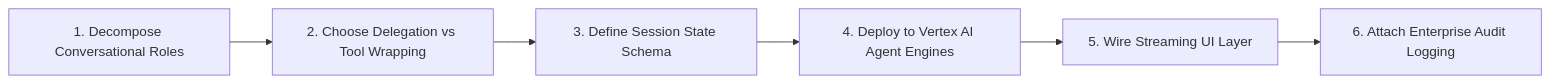
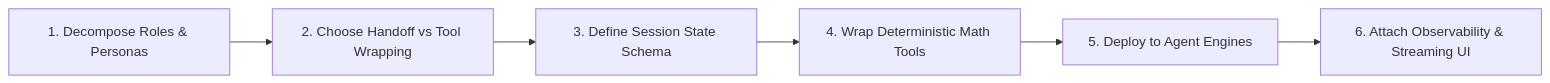
One commit to junyish/lab-genai129-deploy-an-Agent-with-Agent-Development-Kit changed the fourth of 4 diagrams in takeaway-genai129-deploy-adk-agent-vertexai.md. Above: the diagram before and after it, drawn with Mermaid. The commit also changed other lines of this file, not shown here.

Commit message:
Enhance takeaway documentation with complete architectural pillars, state injection diagrams, and comparison matrix

````diff
--- a/takeaway-genai129-deploy-adk-agent-vertexai.md
+++ b/takeaway-genai129-deploy-adk-agent-vertexai.md
@@ -140,8 +299,8 @@
 ```mermaid
 flowchart LR
-    S1["1. Decompose Conversational Roles"] --> S2["2. Choose Delegation vs Tool Wrapping"]
+    S1["1. Decompose Roles & Personas"] --> S2["2. Choose Handoff vs Tool Wrapping"]
     S2 --> S3["3. Define Session State Schema"]
-    S3 --> S4["4. Deploy to Vertex AI Agent Engines"]
-    S4 --> S5["5. Wire Streaming UI Layer"]
-    S5 --> S6["6. Attach Enterprise Audit Logging"]
+    S3 --> S4["4. Wrap Deterministic Math Tools"]
+    S4 --> S5["5. Deploy to Agent Engines"]
+    S5 --> S6["6. Attach Observability & Streaming UI"]
 ```
````
